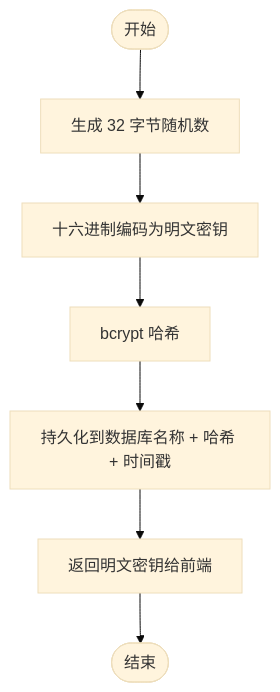
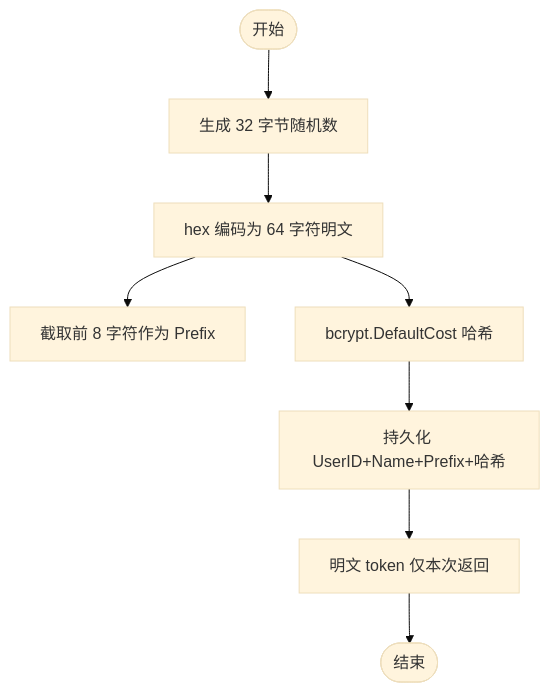
The third of 9 diagrams in docs/安全机制/API 密钥管理.md (x01n/My-OpenWaf), drawn with Mermaid (base theme) before and after one commit. The commit also changed other lines of this file and 622 other files, not shown here.

````diff
--- a/docs/安全机制/API 密钥管理.md
+++ b/docs/安全机制/API 密钥管理.md
@@ -134,9 +148,10 @@
 ```mermaid
 flowchart TD
 Start(["开始"]) --> Gen["生成 32 字节随机数"]
-Gen --> Encode["十六进制编码为明文密钥"]
-Encode --> Hash["bcrypt 哈希"]
-Hash --> Save["持久化到数据库名称 + 哈希 + 时间戳"]
-Save --> Return["返回明文密钥给前端"]
+Gen --> Encode["hex 编码为 64 字符明文"]
+Encode --> Prefix["截取前 8 字符作为 Prefix"]
+Encode --> Hash["bcrypt.DefaultCost 哈希"]
+Hash --> Save["持久化 UserID+Name+Prefix+哈希"]
+Save --> Return["明文 token 仅本次返回"]
 Return --> End(["结束"])
 ```
````
